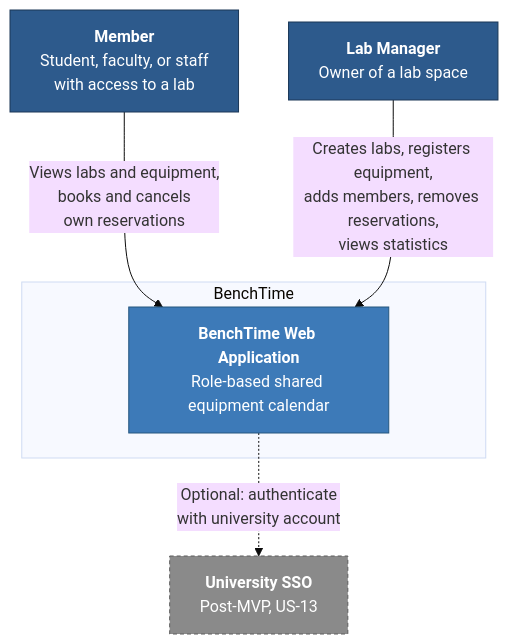
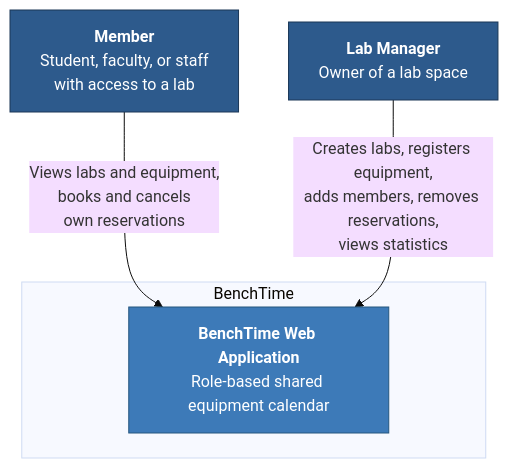
Before and after one commit to luke-mca/BenchTime: the first of 4 diagrams in docs/architecture.md, drawn with Mermaid (base theme). The commit also changed other lines of this file, not shown here.

First line of the commit message:
Updated architecture.md

````diff
--- a/docs/architecture.md
+++ b/docs/architecture.md
@@ -10,22 +9,17 @@
 ```mermaid
 graph TB
     member["<b>Member</b><br/>Student, faculty, or staff<br/>with access to a lab"]
     manager["<b>Lab Manager</b><br/>Owner of a lab space"]
 
     subgraph boundary["BenchTime"]
         app["<b>BenchTime Web Application</b><br/>Role-based shared equipment calendar"]
     end
 
-    sso["<b>University SSO</b><br/>Post-MVP, US-13"]
-
     member -->|"Views labs and equipment,<br/>books and cancels<br/>own reservations"| app
     manager -->|"Creates labs, registers equipment,<br/>adds members, removes reservations,<br/>views statistics"| app
-    app -.->|"Optional: authenticate<br/>with university account"| sso
 
     classDef person fill:#2d5a8c,stroke:#1a3757,color:#fff
     classDef system fill:#3d7ab8,stroke:#25567f,color:#fff
-    classDef future fill:#8a8a8a,stroke:#5c5c5c,color:#fff,stroke-dasharray:4 3
     class member,manager person
     class app system
-    class sso future
 ```
````
